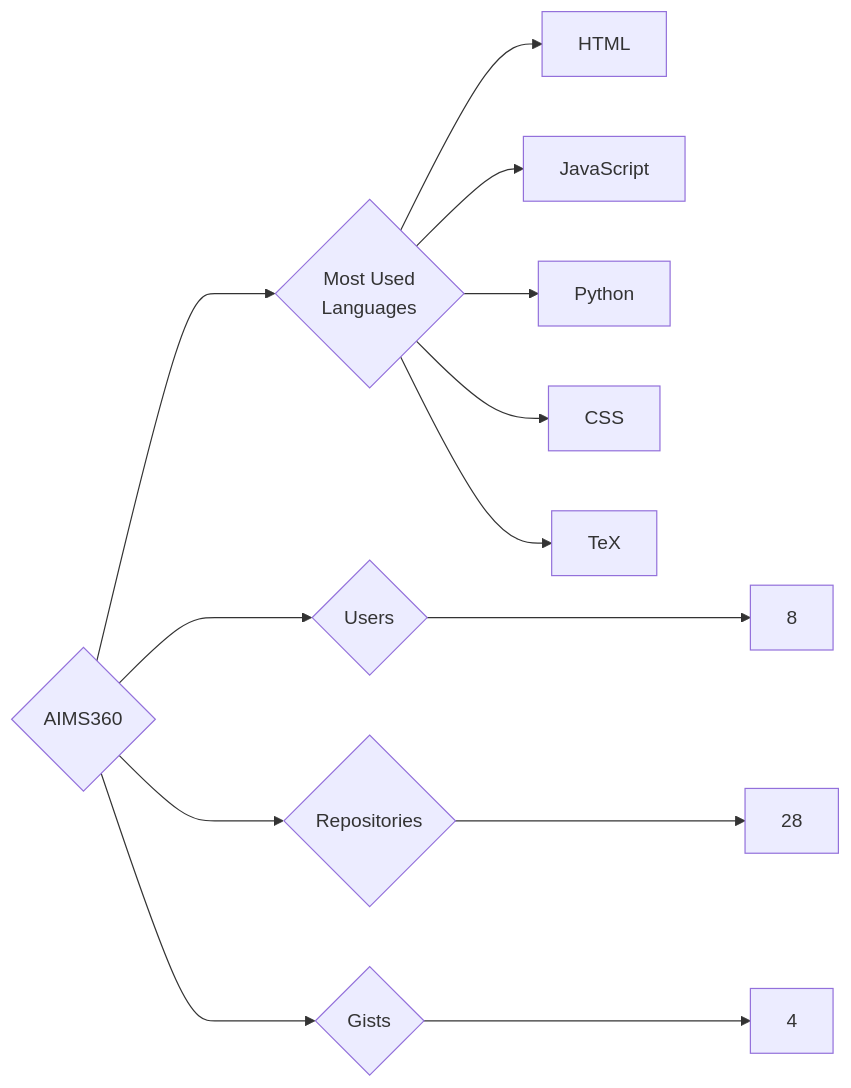
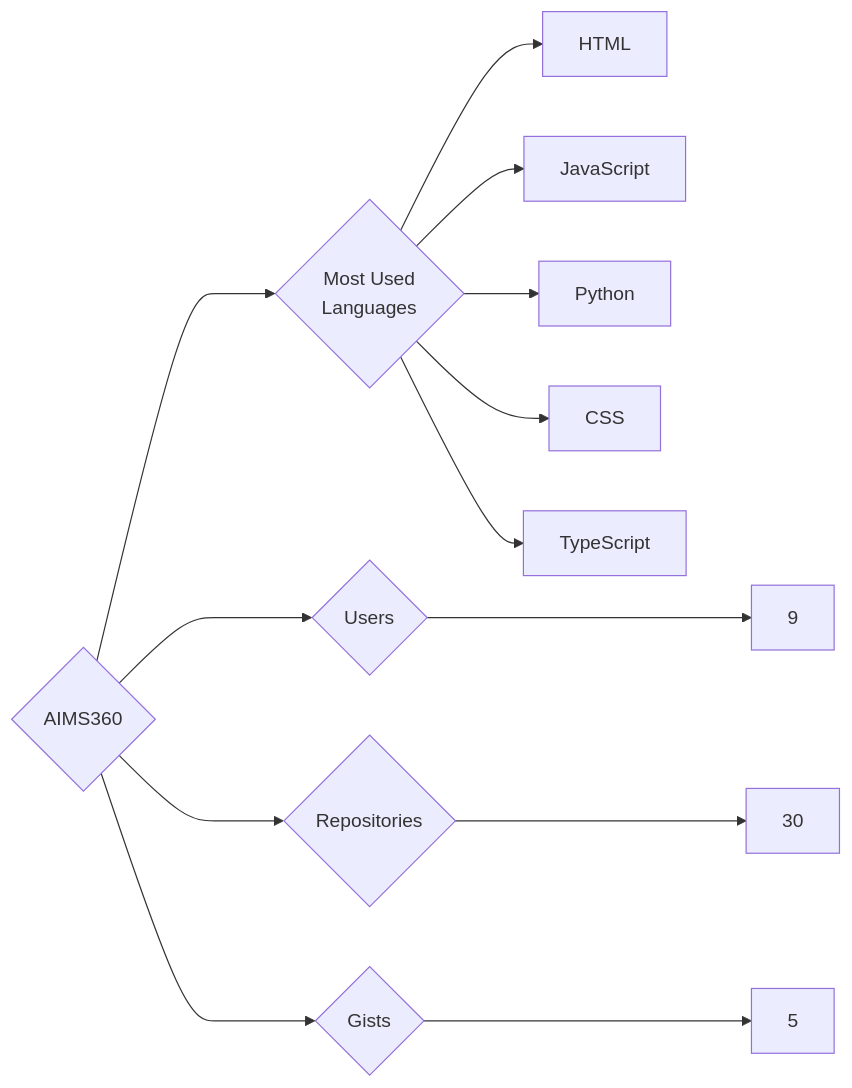
One commit to trickest/insiders changed the diagram in targets/AIMS360/README.md. Above: the diagram before and after it, drawn with Mermaid. The commit also changed 1175 other files, not shown here.

````diff
--- a/targets/AIMS360/README.md
+++ b/targets/AIMS360/README.md
@@ -3,13 +3,13 @@
 ```mermaid
 graph LR
 COMPANY_NAME{AIMS360}
-COMPANY_NAME ---> U{Users} ---> UN[8]
-COMPANY_NAME ---> R{Repositories} ---> RN[28]
-COMPANY_NAME ---> G{Gists} ---> GN[4]
+COMPANY_NAME ---> U{Users} ---> UN[9]
+COMPANY_NAME ---> R{Repositories} ---> RN[30]
+COMPANY_NAME ---> G{Gists} ---> GN[5]
 COMPANY_NAME ---> ML{Most Used<br>Languages}
 ML --> HTML[HTML]
 ML --> JavaScript[JavaScript]
 ML --> Python[Python]
 ML --> CSS[CSS]
-ML --> TeX[TeX]
+ML --> TypeScript[TypeScript]
 ```
````
